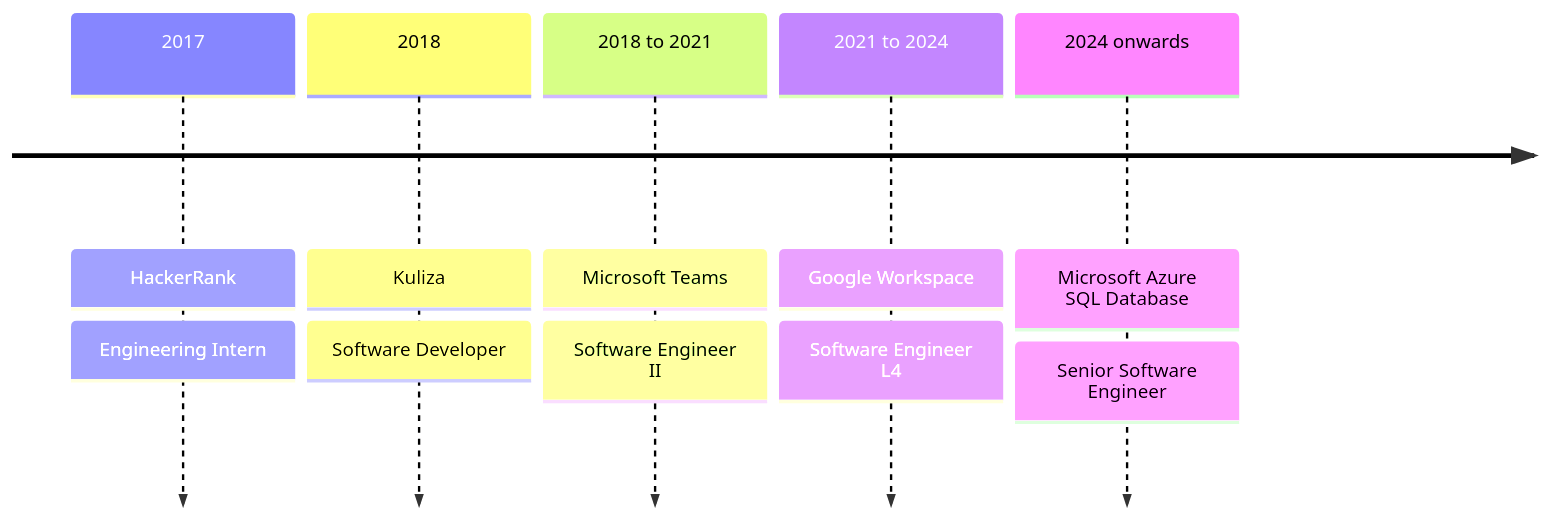
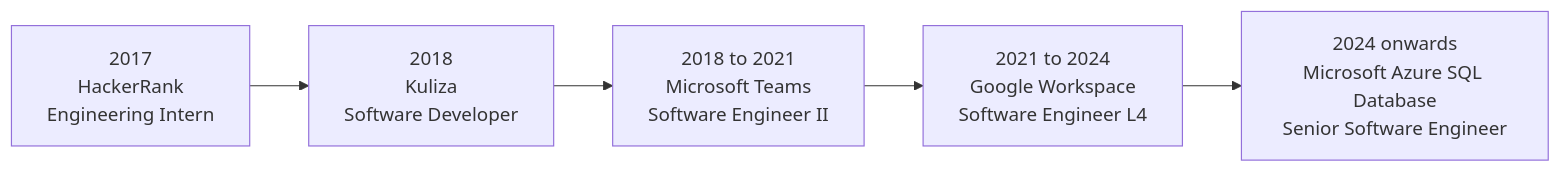
The diagram in README.md (rishabhjain9196/rishabhjain9196), drawn with Mermaid before and after one commit.

Commit message:
Use a flowchart for the experience diagram

````diff
--- a/README.md
+++ b/README.md
@@ -34,8 +34,7 @@
 ```mermaid
-timeline
-    2017 : HackerRank : Engineering Intern
-    2018 : Kuliza : Software Developer
-    2018 to 2021 : Microsoft Teams : Software Engineer II
-    2021 to 2024 : Google Workspace : Software Engineer L4
-    2024 onwards : Microsoft Azure SQL Database : Senior Software Engineer
+flowchart LR
+    A["2017<br/>HackerRank<br/>Engineering Intern"] --> B["2018<br/>Kuliza<br/>Software Developer"]
+    B --> C["2018 to 2021<br/>Microsoft Teams<br/>Software Engineer II"]
+    C --> D["2021 to 2024<br/>Google Workspace<br/>Software Engineer L4"]
+    D --> E["2024 onwards<br/>Microsoft Azure SQL Database<br/>Senior Software Engineer"]
 ```
````
